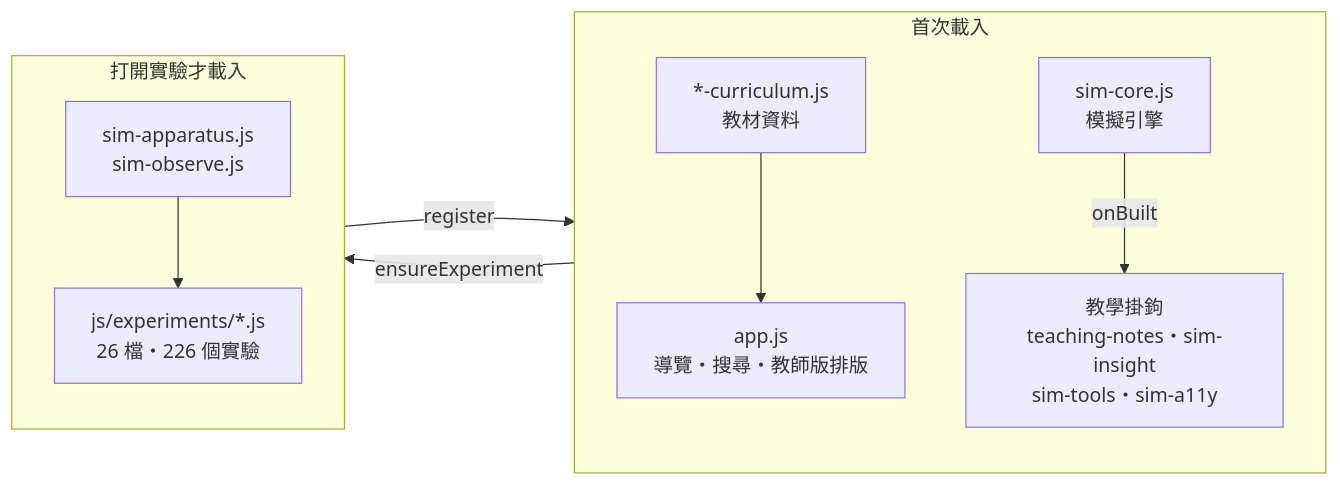
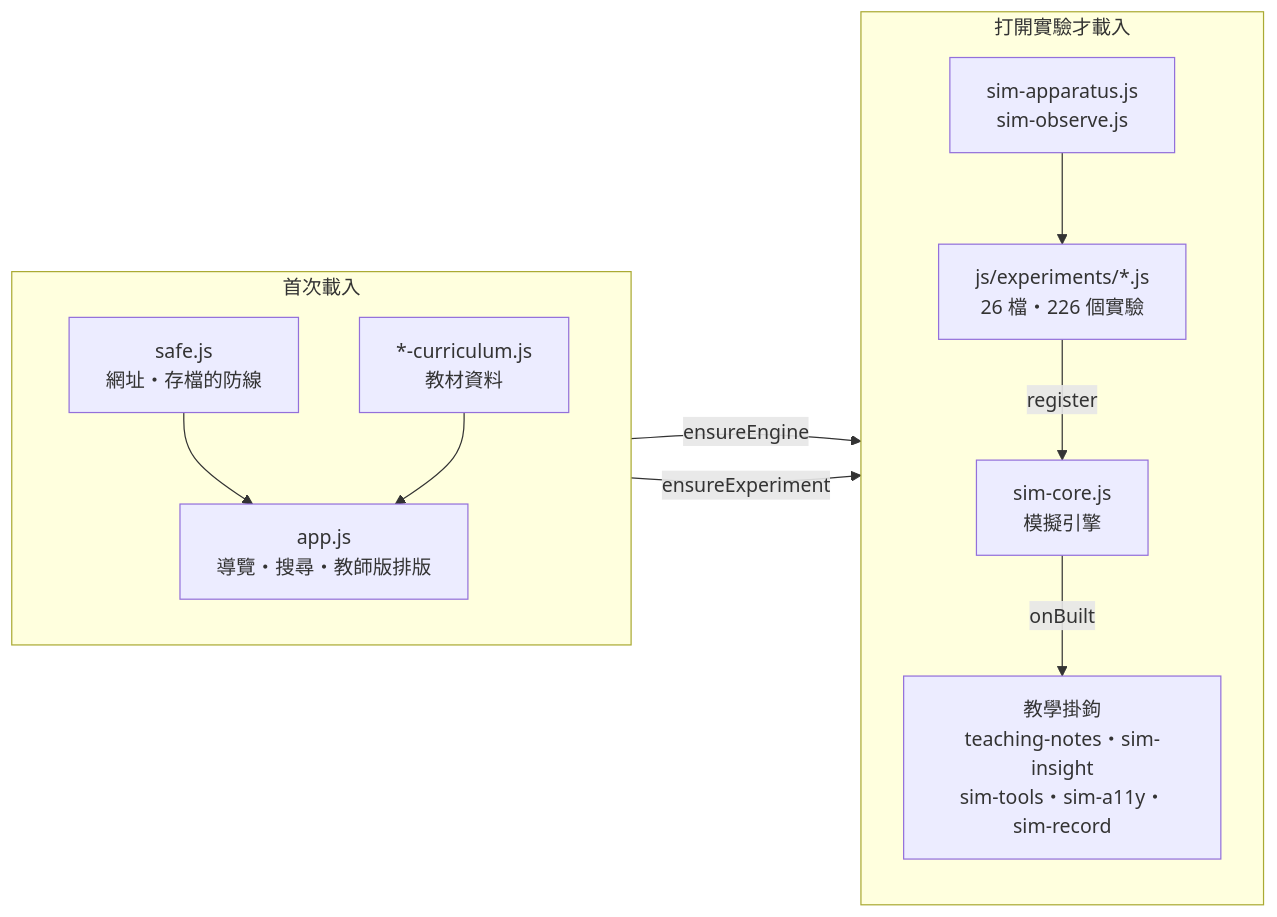
One commit to Yu-0312/senior-science changed the sixth of 9 diagrams in README.md. Above: the diagram before and after it, drawn with Mermaid. The commit also changed other lines of this file and 11 other files, not shown here.

Commit message:
工具與文件：bump-version、shell-check（外殼的瀏覽器實測）、CI 改用 Node 22、README 截圖與數字更新

````diff
--- a/README.md
+++ b/README.md
@@ -370,19 +376,22 @@
 ```mermaid
 flowchart LR
     subgraph eager["首次載入"]
         direction TB
+        SAFE["safe.js<br/>網址・存檔的防線"]
         CUR["*-curriculum.js<br/>教材資料"]
         APP["app.js<br/>導覽・搜尋・教師版排版"]
-        CORE["sim-core.js<br/>模擬引擎"]
-        HOOK["教學掛鉤<br/>teaching-notes・sim-insight<br/>sim-tools・sim-a11y"]
     end
     subgraph lazy["打開實驗才載入"]
         direction TB
+        CORE["sim-core.js<br/>模擬引擎"]
+        HOOK["教學掛鉤<br/>teaching-notes・sim-insight<br/>sim-tools・sim-a11y・sim-record"]
         APPA["sim-apparatus.js<br/>sim-observe.js"]
         EXP["js/experiments/*.js<br/>26 檔・226 個實驗"]
     end
+    SAFE --> APP
     CUR --> APP
+    APP -->|"ensureEngine"| CORE
     APP -->|"ensureExperiment"| APPA --> EXP
     EXP -->|"register"| CORE
     CORE -->|"onBuilt"| HOOK
 ```
````
